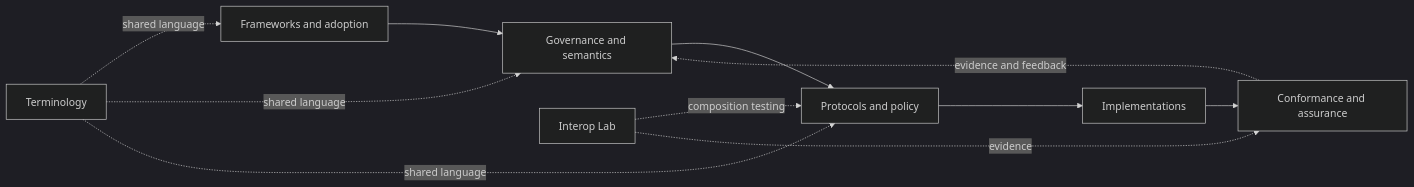
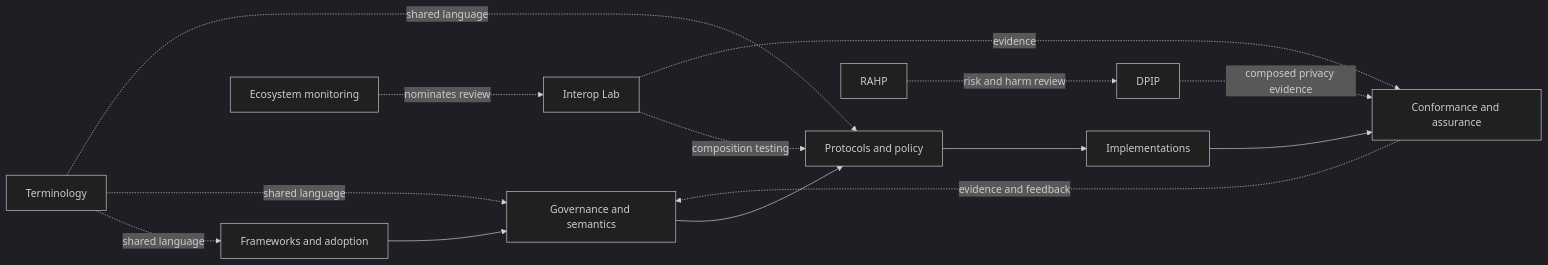
The diagram in README.md (sankarshanmukhopadhyay/sankarshanmukhopadhyay), drawn with Mermaid (dark theme) before and after one commit. The commit also changed other lines of this file and 4 other files, not shown here.

First line of the commit message:
feat(portfolio): rebaseline privacy and ecosystem assurance architecture

````diff
--- a/README.md
+++ b/README.md
@@ -53,14 +56,17 @@
 ```mermaid
 flowchart LR
     A[Frameworks and adoption] --> B[Governance and semantics]
     B --> C[Protocols and policy]
     C --> D[Implementations]
     D --> E[Conformance and assurance]
     E -. evidence and feedback .-> B
 
     T[Terminology] -. shared language .-> A
     T -. shared language .-> B
     T -. shared language .-> C
+    M[Ecosystem monitoring] -. nominates review .-> I
     I[Interop Lab] -. composition testing .-> C
     I -. evidence .-> E
+    R[RAHP] -. risk and harm review .-> P
+    P[DPIP] -. composed privacy evidence .-> E
 ```
````
